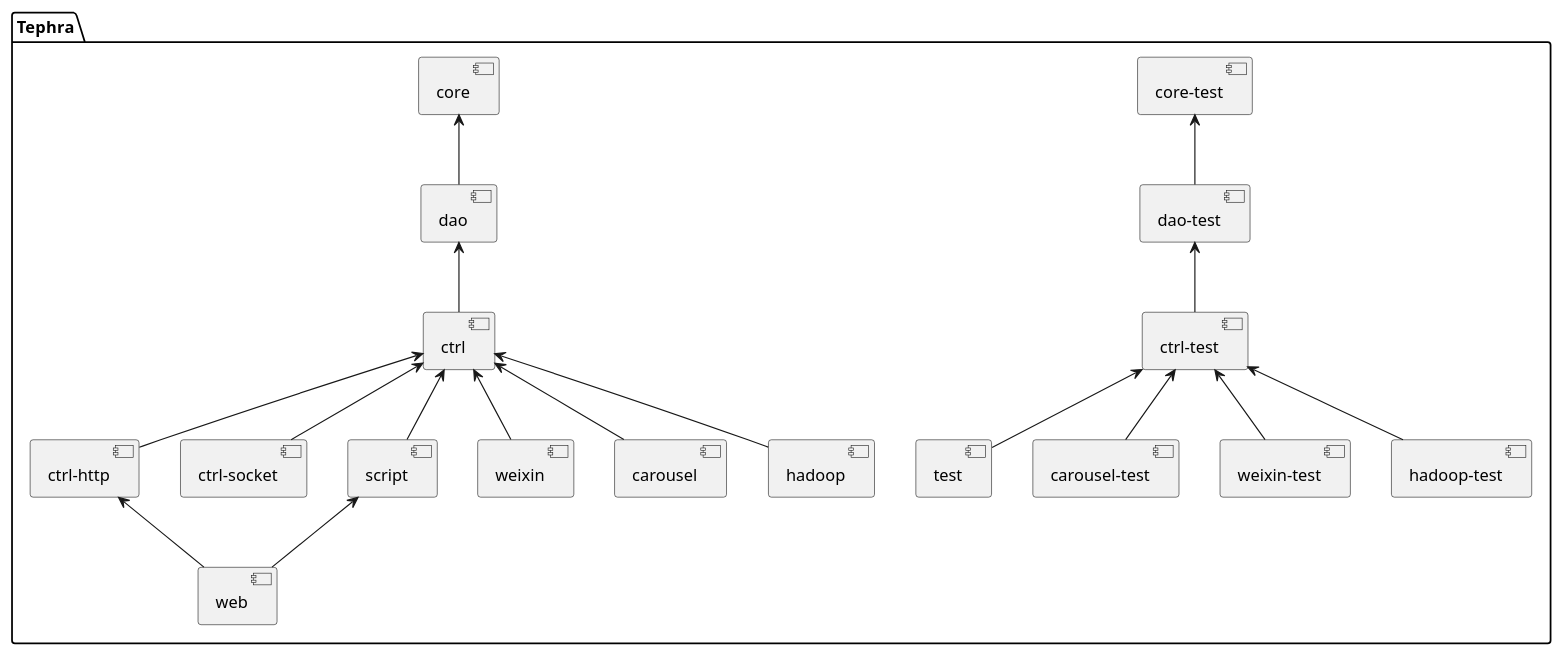
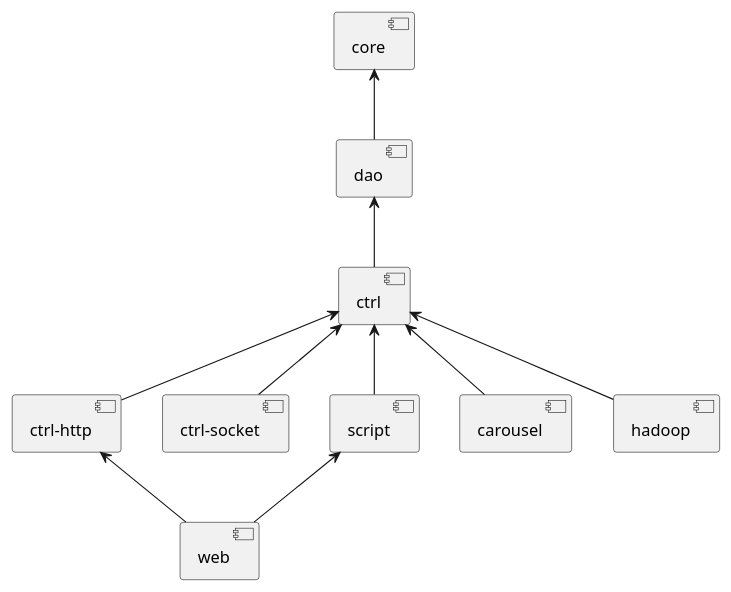
Before and after one commit to wangscript007/tephra: the diagram in doc/uml/front/first/module.puml, drawn with PlantUML. The commit also changed 8 other files, not shown here.

```diff
--- a/doc/uml/front/first/module.puml
+++ b/doc/uml/front/first/module.puml
@@ -1,23 +1,13 @@
 @startuml
-
-package Tephra {
-[core-test] <-- [dao-test]
-[dao-test] <-- [ctrl-test]
-[ctrl-test] <-- [test]
-[ctrl-test] <-- [carousel-test]
-[ctrl-test] <-- [weixin-test]
-[ctrl-test] <-- [hadoop-test]
 
 [core] <-- [dao]
 [dao] <-- [ctrl]
 [ctrl] <-- [ctrl-http]
 [ctrl] <-- [ctrl-socket]
 [ctrl] <-- [script]
-[ctrl] <-- [weixin]
 [ctrl] <-- [carousel]
 [ctrl] <-- [hadoop]
 [script] <-- [web]
 [ctrl-http] <-- [web]
-}
 
 @enduml
```
